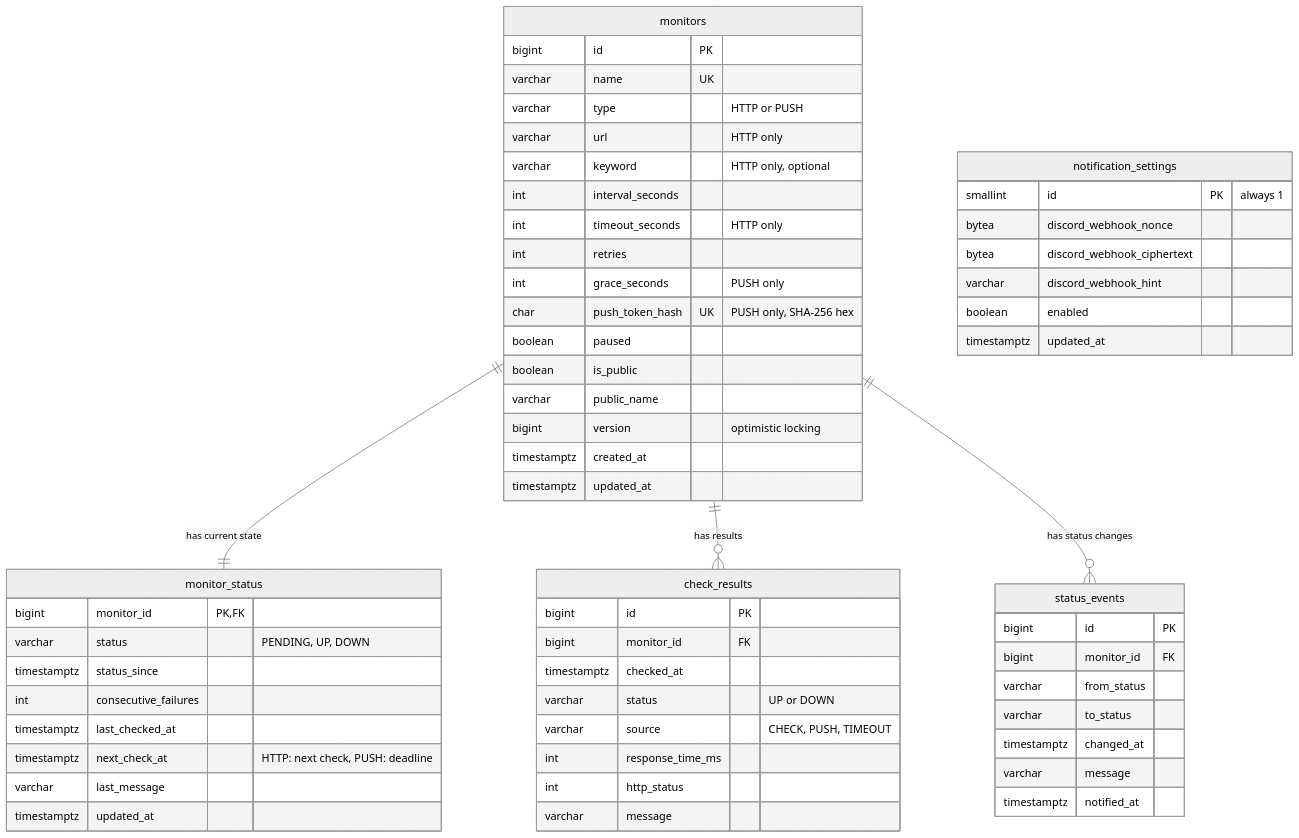
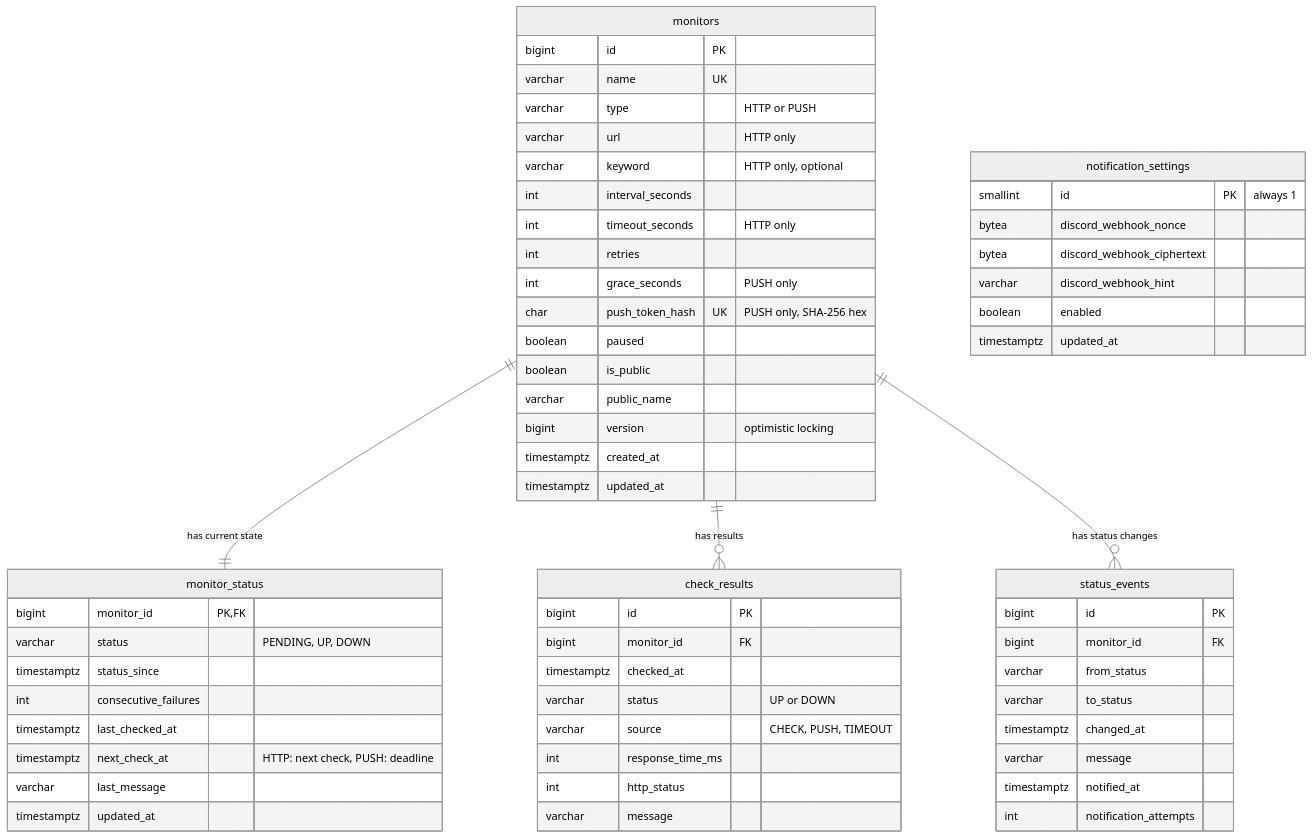
One commit to theoleuthardt/backlog-manager changed the sixth of 7 diagrams in docs/MONITOR_ARCHITECTURE.md. Above: the diagram before and after it, drawn with Mermaid (neutral theme). The commit also changed other lines of this file, not shown here.

````diff
--- a/docs/MONITOR_ARCHITECTURE.md
+++ b/docs/MONITOR_ARCHITECTURE.md
@@ -284,66 +297,67 @@
 ```mermaid
 erDiagram
     monitors ||--|| monitor_status : "has current state"
     monitors ||--o{ check_results : "has results"
     monitors ||--o{ status_events : "has status changes"
 
     monitors {
         bigint id PK
         varchar name UK
         varchar type "HTTP or PUSH"
         varchar url "HTTP only"
         varchar keyword "HTTP only, optional"
         int interval_seconds
         int timeout_seconds "HTTP only"
         int retries
         int grace_seconds "PUSH only"
         char push_token_hash UK "PUSH only, SHA-256 hex"
         boolean paused
         boolean is_public
         varchar public_name
         bigint version "optimistic locking"
         timestamptz created_at
         timestamptz updated_at
     }
 
     monitor_status {
         bigint monitor_id PK,FK
         varchar status "PENDING, UP, DOWN"
         timestamptz status_since
         int consecutive_failures
         timestamptz last_checked_at
         timestamptz next_check_at "HTTP: next check, PUSH: deadline"
         varchar last_message
         timestamptz updated_at
     }
 
     check_results {
         bigint id PK
         bigint monitor_id FK
         timestamptz checked_at
         varchar status "UP or DOWN"
         varchar source "CHECK, PUSH, TIMEOUT"
         int response_time_ms
         int http_status
         varchar message
     }
 
     status_events {
         bigint id PK
         bigint monitor_id FK
         varchar from_status
         varchar to_status
         timestamptz changed_at
         varchar message
         timestamptz notified_at
+        int notification_attempts
     }
 
     notification_settings {
         smallint id PK "always 1"
         bytea discord_webhook_nonce
         bytea discord_webhook_ciphertext
         varchar discord_webhook_hint
         boolean enabled
         timestamptz updated_at
     }
 ```
````
